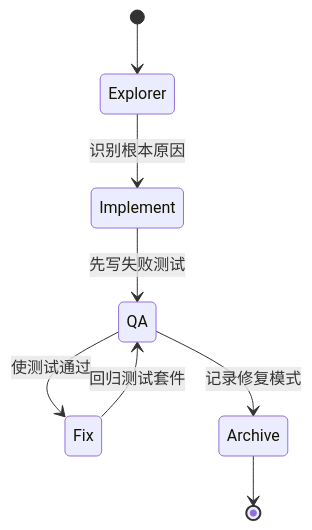
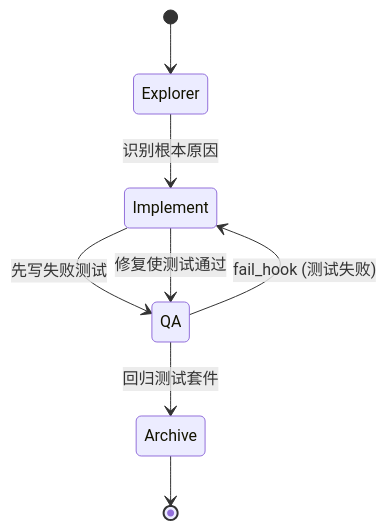
The third of 4 diagrams in README_zh.md (listener-He/java-harness-agent), drawn with Mermaid before and after one commit. The commit also changed other lines of this file and 3 other files, not shown here.

````diff
--- a/README_zh.md
+++ b/README_zh.md
@@ -166,10 +166,10 @@
 ```mermaid
 stateDiagram-v2
     [*] --> Explorer
     Explorer --> Implement: 识别根本原因
     Implement --> QA: 先写失败测试
-    QA --> Fix: 使测试通过
-    Fix --> QA: 回归测试套件
-    QA --> Archive: 记录修复模式
+    QA --> Implement: fail_hook (测试失败)
+    Implement --> QA: 修复使测试通过
+    QA --> Archive: 回归测试套件
     Archive --> [*]
 ```
````
